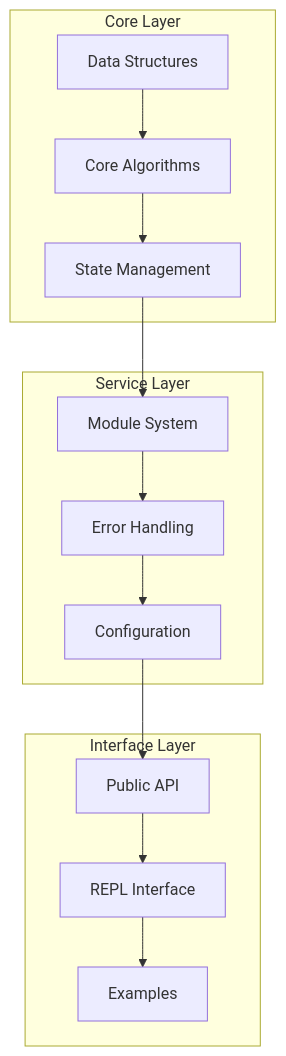
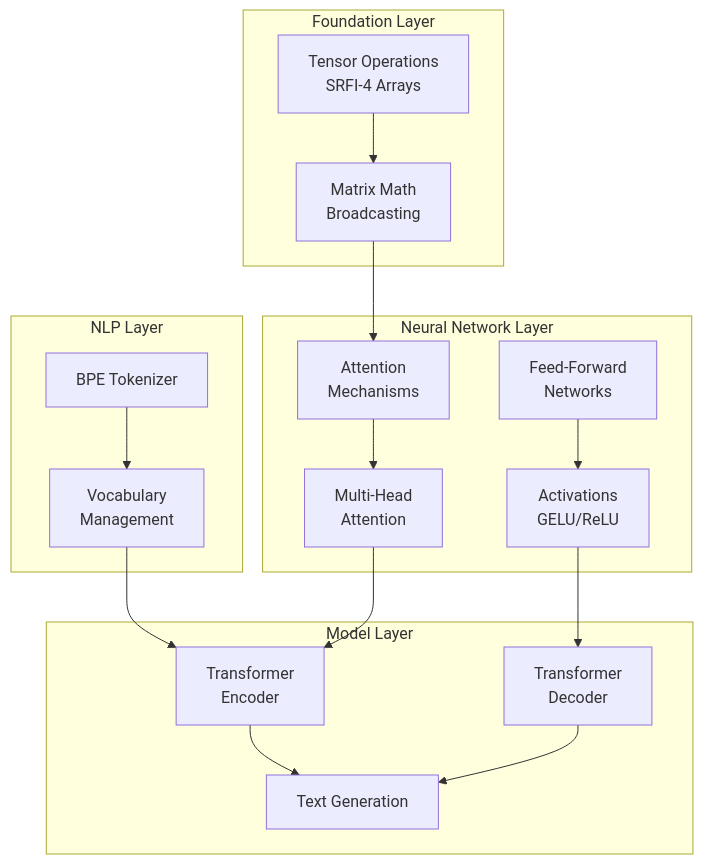
One commit to dsp-dr/guile-llm-scratch changed the diagram in README.org. Above: the diagram before and after it, drawn with Mermaid. The commit also changed other lines of this file and 2 other files, not shown here.

```diff
--- a/README.org
+++ b/README.org
@@ -27,20 +32,25 @@
 #+BEGIN_SRC mermaid :exports results :file architecture.png
 graph TB
-    subgraph "Core Layer"
-        A[Data Structures] --> B[Core Algorithms]
-        B --> C[State Management]
+    subgraph "Foundation Layer"
+        A[Tensor Operations<br/>SRFI-4 Arrays] --> B[Matrix Math<br/>Broadcasting]
     end
     
-    subgraph "Service Layer"
-        D[Module System] --> E[Error Handling]
-        E --> F[Configuration]
+    subgraph "NLP Layer"
+        C[BPE Tokenizer] --> D[Vocabulary<br/>Management]
     end
     
-    subgraph "Interface Layer"
-        G[Public API] --> H[REPL Interface]
-        H --> I[Examples]
+    subgraph "Neural Network Layer"
+        E[Attention<br/>Mechanisms] --> F[Multi-Head<br/>Attention]
+        G[Feed-Forward<br/>Networks] --> H[Activations<br/>GELU/ReLU]
     end
     
-    C --> D
-    F --> G
+    subgraph "Model Layer"
+        I[Transformer<br/>Encoder] --> K[Text Generation]
+        J[Transformer<br/>Decoder] --> K
+    end
+    
+    B --> E
+    D --> I
+    F --> I
+    H --> J
 #+END_SRC
```
